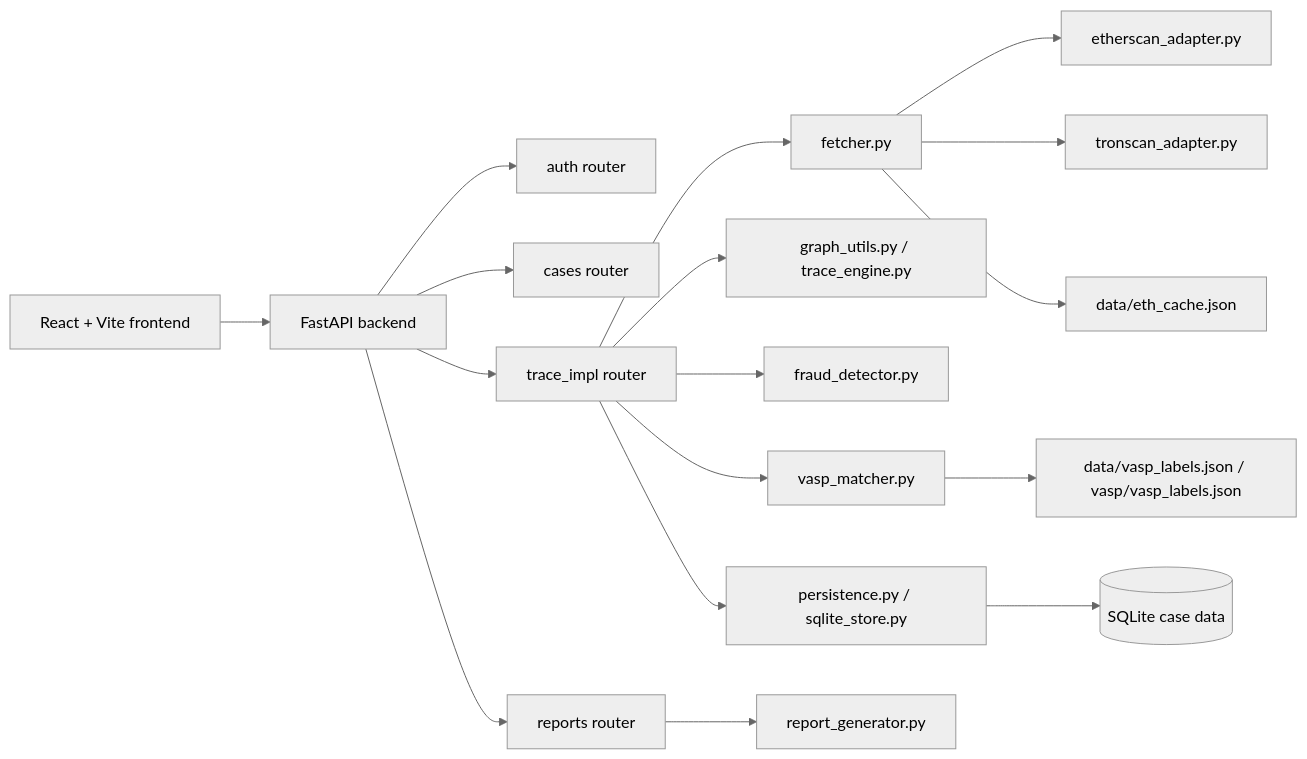
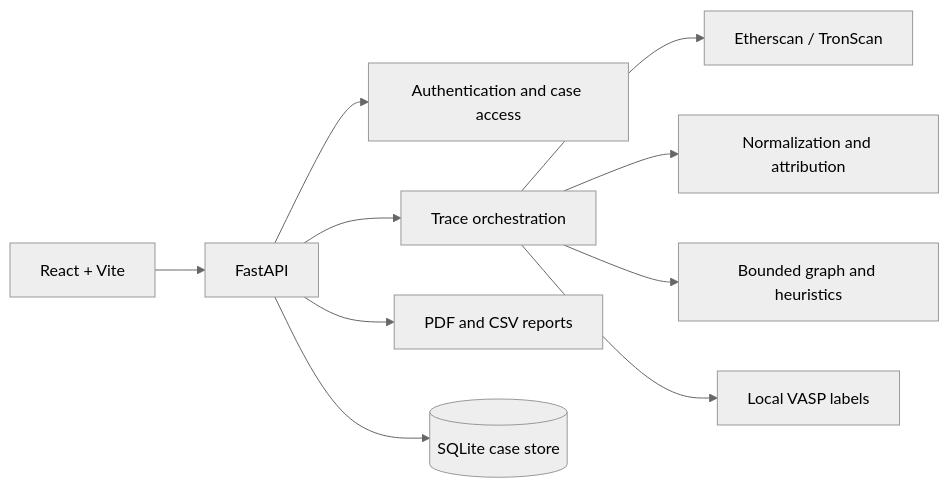
Before and after one commit to Keshav-Jora/CRYPTO-TRACE-: the diagram in README.md, drawn with Mermaid (neutral theme). The commit also changed other lines of this file and 8 other files, not shown here.

````diff
--- a/README.md
+++ b/README.md
@@ -85,22 +48,12 @@
 ```mermaid
 flowchart LR
-    UI[React + Vite frontend] --> API[FastAPI backend]
-    API --> Auth[auth router]
-    API --> Cases[cases router]
-    API --> Trace[trace_impl router]
-    API --> Reports[reports router]
-
-    Trace --> Fetcher[fetcher.py]
-    Fetcher --> Etherscan[etherscan_adapter.py]
-    Fetcher --> Tron[tronscan_adapter.py]
-    Fetcher --> Cache[data/eth_cache.json]
-
-    Trace --> Graph[graph_utils.py / trace_engine.py]
-    Trace --> Fraud[fraud_detector.py]
-    Trace --> VASP[vasp_matcher.py]
-    Trace --> Persist[persistence.py / sqlite_store.py]
-
-    Reports --> PDF[report_generator.py]
-    Persist --> DB[(SQLite case data)]
-    VASP --> Labels[data/vasp_labels.json / vasp/vasp_labels.json]
+    UI[React + Vite] --> API[FastAPI]
+    API --> Auth[Authentication and case access]
+    API --> Trace[Trace orchestration]
+    API --> Reports[PDF and CSV reports]
+    Trace --> Providers[Etherscan / TronScan]
+    Trace --> Normalize[Normalization and attribution]
+    Trace --> Graph[Bounded graph and heuristics]
+    Trace --> Labels[Local VASP labels]
+    API --> Store[(SQLite case store)]
 ```
````
